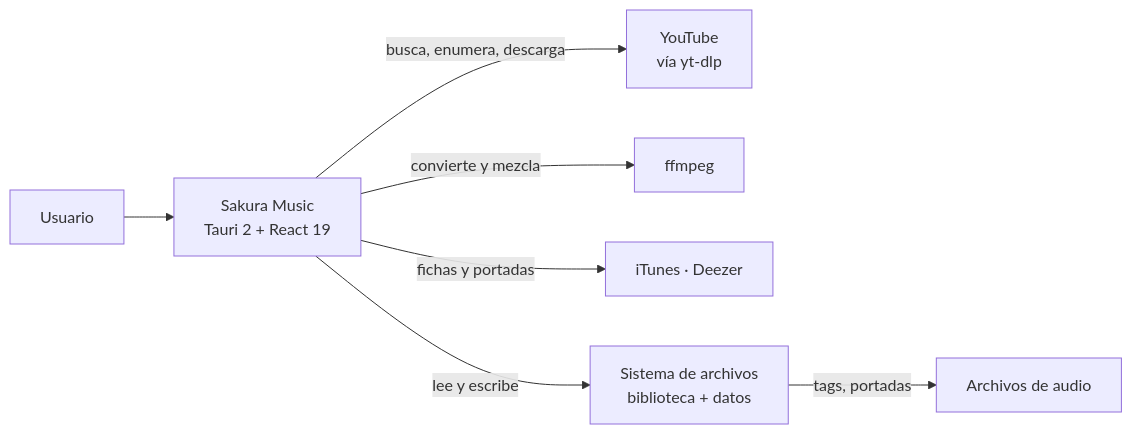
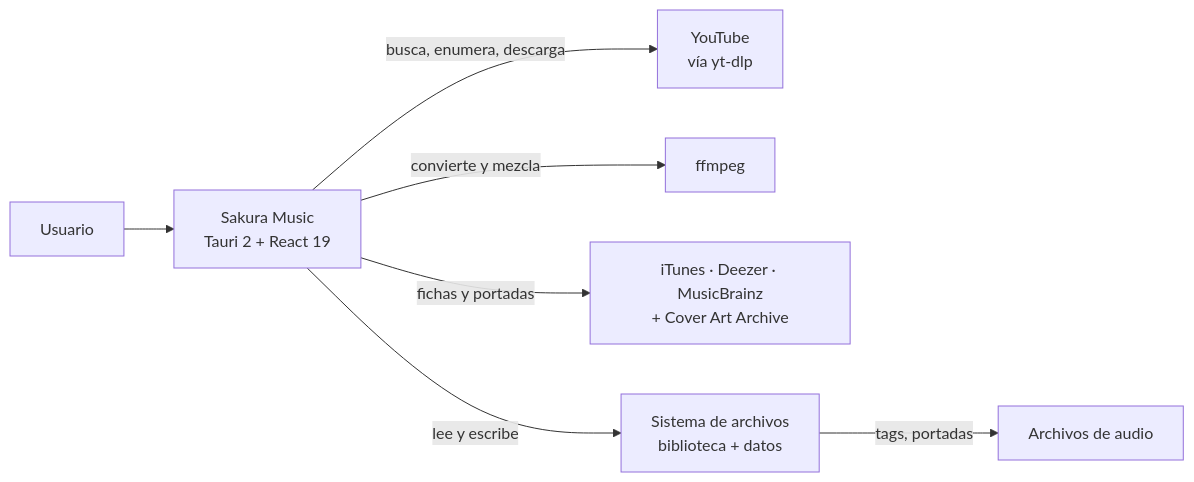
One commit to YordanoCS1/sakura-music changed the first of 5 diagrams in docs/arquitectura.md. Above: the diagram before and after it, drawn with Mermaid. The commit also changed other lines of this file and 29 other files, not shown here.

````diff
--- a/docs/arquitectura.md
+++ b/docs/arquitectura.md
@@ -10,9 +10,9 @@
 ```mermaid
 flowchart LR
     U["Usuario"] --> APP["Sakura Music<br/>Tauri 2 + React 19"]
     APP -->|"busca, enumera, descarga"| YT["YouTube<br/>vía yt-dlp"]
     APP -->|"convierte y mezcla"| FF["ffmpeg"]
-    APP -->|"fichas y portadas"| CAT["iTunes · Deezer"]
+    APP -->|"fichas y portadas"| CAT["iTunes · Deezer · MusicBrainz<br/>+ Cover Art Archive"]
     APP -->|"lee y escribe"| FS["Sistema de archivos<br/>biblioteca + datos"]
     FS -->|"tags, portadas"| AUDIO["Archivos de audio"]
 ```
````
